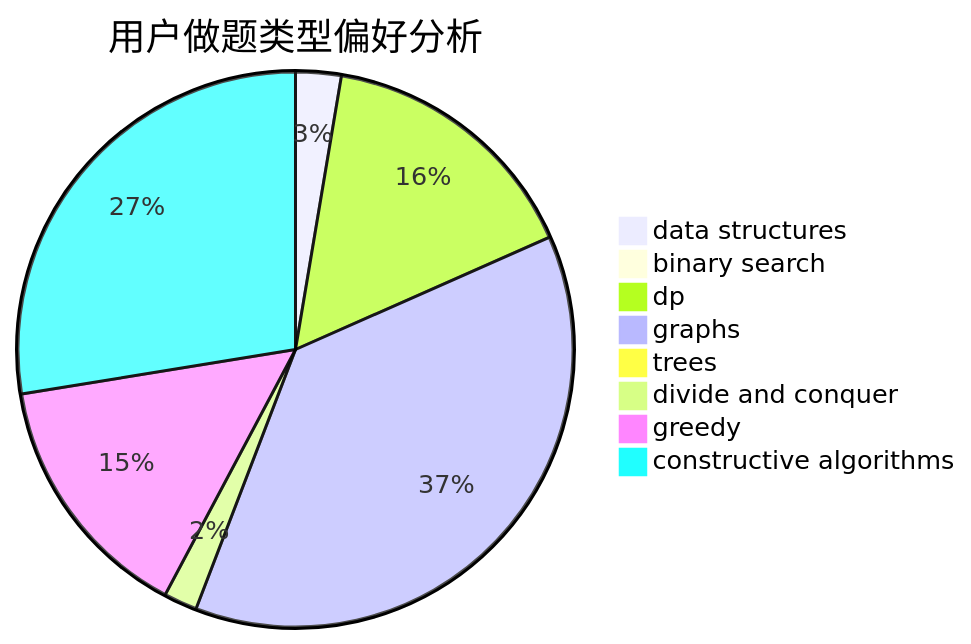
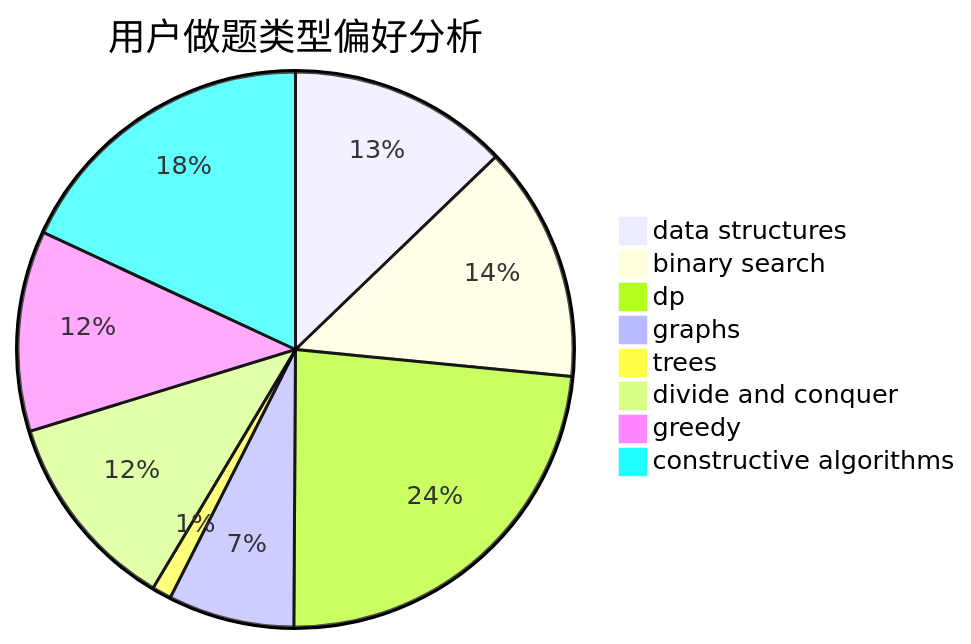
Before and after one commit to sherpahu/cfrs.github.io: the second of 3 diagrams in docs/user/u748.md, drawn with Mermaid. The commit also changed other lines of this file and 2770 other files, not shown here.

````diff
--- a/docs/user/u748.md
+++ b/docs/user/u748.md
@@ -23,11 +23,11 @@
 ```mermaid
 pie title 用户做题类型偏好分析
-    "data structures" :  15
-    "binary search" :  5
-    "dp" :  89
-    "graphs" :  212
-    "trees" :  1
-    "divide and conquer" :  11
-    "greedy" :  83
-    "constructive algorithms" :  156
+    "data structures" :  68
+    "binary search" :  73
+    "dp" :  125
+    "graphs" :  39
+    "trees" :  6
+    "divide and conquer" :  62
+    "greedy" :  62
+    "constructive algorithms" :  96
 ```
````
